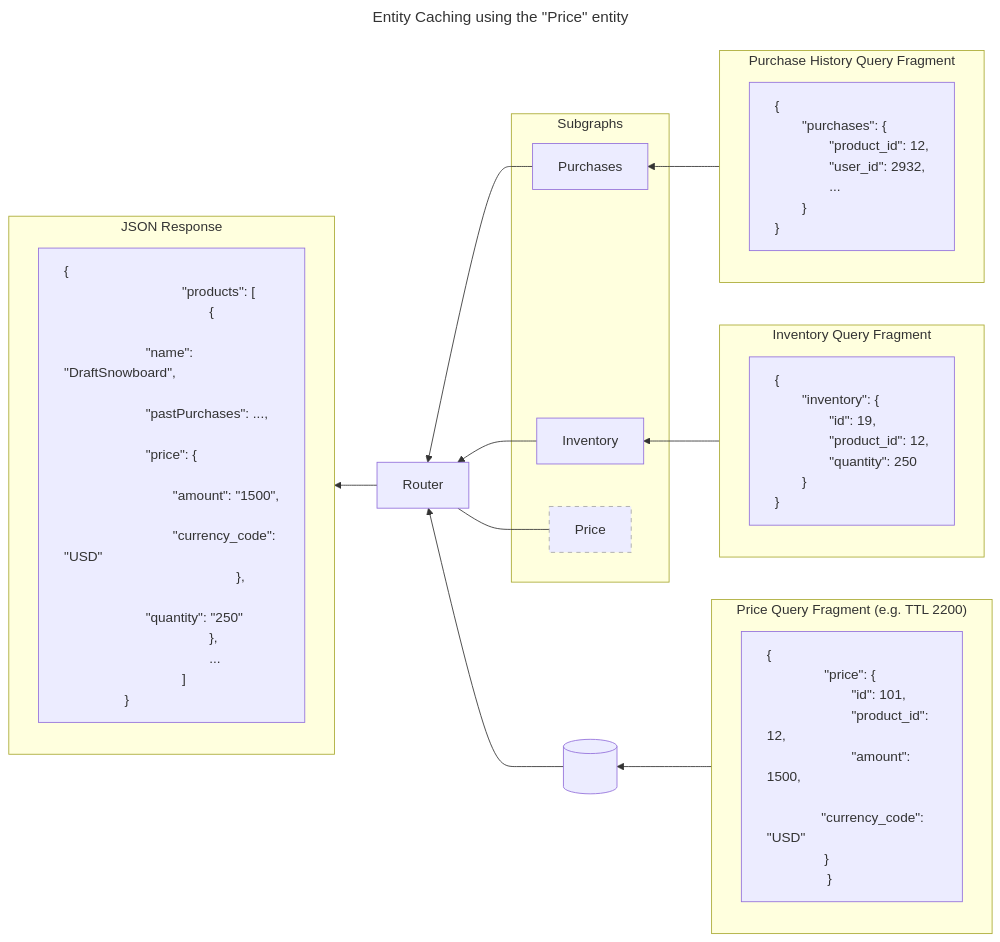
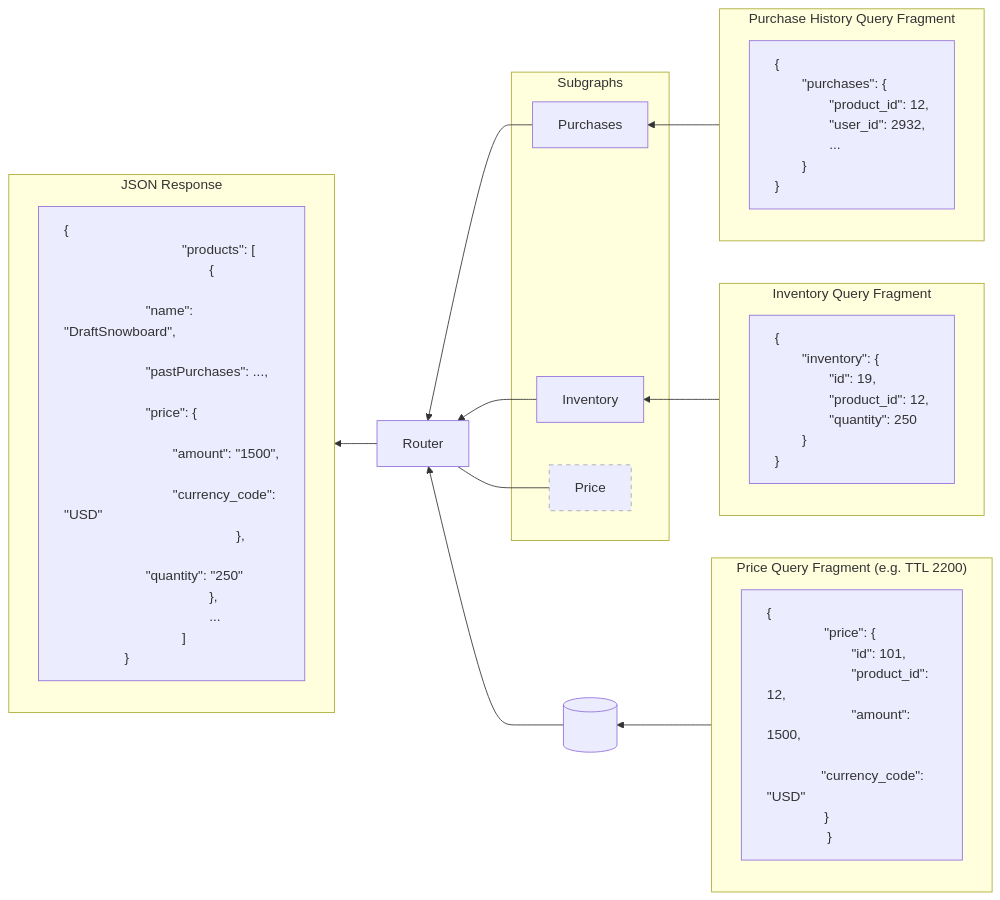
The first of 2 diagrams in docs/source/routing/performance/caching/entity.mdx (apollographql/router), drawn with Mermaid before and after one commit. The commit also changed other lines of this file, not shown here.

````diff
--- a/docs/source/routing/performance/caching/entity.mdx
+++ b/docs/source/routing/performance/caching/entity.mdx
@@ -64,77 +66,74 @@
 ```mermaid
----
-title: Entity Caching using the "Price" entity
----
 flowchart RL
 	subgraph QueryResponse["JSON Response"]
 		n1["{
 			&emsp;&emsp;&quot;products&quot;: [
 			&emsp;&emsp;&emsp;&emsp;{
 			&emsp;&emsp;&emsp;&emsp;&emsp;&emsp;&quot;name&quot;: &quot;DraftSnowboard&quot;,
 			&emsp;&emsp;&emsp;&emsp;&emsp;&emsp;&quot;pastPurchases&quot;: ...,
 			&emsp;&emsp;&emsp;&emsp;&emsp;&emsp;&quot;price&quot;: {
 			&emsp;&emsp;&emsp;&emsp;&emsp;&emsp;&emsp;&emsp;&quot;amount&quot;: &quot;1500&quot;,
 			&emsp;&emsp;&emsp;&emsp;&emsp;&emsp;&emsp;&emsp;&quot;currency_code&quot;: &quot;USD&quot;
 			&emsp;&emsp;&emsp;&emsp;&emsp;&emsp;},
 			&emsp;&emsp;&emsp;&emsp;&emsp;&emsp;&quot;quantity&quot;: &quot;250&quot;
 			&emsp;&emsp;&emsp;&emsp;},
 			&emsp;&emsp;&emsp;&emsp;...
 			&emsp;&emsp;]		
 		}"]
     end
 
 	subgraph Subgraphs["Subgraphs"]
 		Purchases["Purchases"]
 		Inventory["Inventory"]
 		Price["Price"]
 	end
 
 	subgraph PriceQueryFragment["Price Query Fragment (e.g. TTL 2200)"]
 		n2["{
     	&emsp;&emsp;&quot;price&quot;: {
         &emsp;&emsp;&emsp;&emsp;&quot;id&quot;: 101,
         &emsp;&emsp;&emsp;&emsp;&quot;product_id&quot;: 12,
         &emsp;&emsp;&emsp;&emsp;&quot;amount&quot;: 1500,
         &emsp;&emsp;&emsp;&emsp;&quot;currency_code&quot;: &quot;USD&quot;
     	&emsp;&emsp;}
 		}"]
 	end
 
 	subgraph PurchaseHistoryQueryFragment["Purchase History Query Fragment"]
 		n3["{
 			&emsp;&emsp;&quot;purchases&quot;: {
 			&emsp;&emsp;&emsp;&emsp;&quot;product_id&quot;: 12,
 			&emsp;&emsp;&emsp;&emsp;&quot;user_id&quot;: 2932,
 			&emsp;&emsp;&emsp;&emsp;...
 			&emsp;&emsp;}
 		}"]
 	end
 
 	subgraph InventoryQueryFragment["Inventory Query Fragment"]
 		n4["{
 			&emsp;&emsp;&quot;inventory&quot;: {
 			&emsp;&emsp;&emsp;&emsp;&quot;id&quot;: 19,
 			&emsp;&emsp;&emsp;&emsp;&quot;product_id&quot;: 12,
 			&emsp;&emsp;&emsp;&emsp;&quot;quantity&quot;: 250
 			&emsp;&emsp;}
 		}"]
 	end
 
 	Router
 	Database[("&emsp;&emsp;&emsp;")]
 
   Router --> QueryResponse
 	Purchases --> Router
 	Inventory --> Router
 	Price --- Router
 	PriceQueryFragment --> Database
 	PurchaseHistoryQueryFragment --> Purchases
 	InventoryQueryFragment --> Inventory
 	Database --> Router
 
 	style n1 text-align:left
 	style n2 text-align:left
 	style n3 text-align:left
 	style n4 text-align:left
 	style Price border:none,stroke-width:1px,stroke-dasharray:5 5,stroke:#A6A6A6
 ```
````
